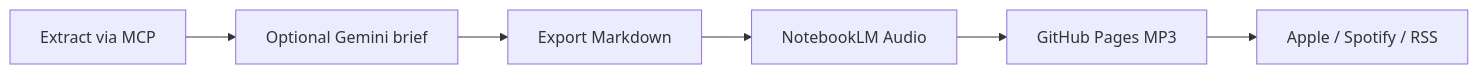
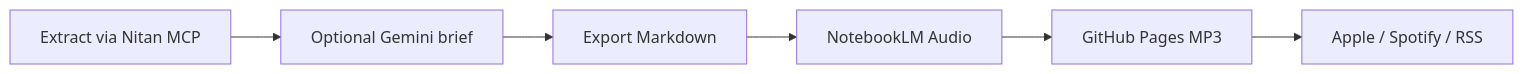
One commit to lifan-builds/nitan-podcast changed the diagram in README.md. Above: the diagram before and after it, drawn with Mermaid. The commit also changed other lines of this file and 15 other files, not shown here.

````diff
--- a/README.md
+++ b/README.md
@@ -7,8 +9,8 @@
 ```mermaid
 flowchart LR
-  E[Extract via MCP] --> B[Optional Gemini brief]
+  E[Extract via Nitan MCP] --> B[Optional Gemini brief]
   B --> X[Export Markdown]
   X --> NLM[NotebookLM Audio]
   NLM --> MP3[GitHub Pages MP3]
   MP3 --> RSS[Apple / Spotify / RSS]
 ```
````
